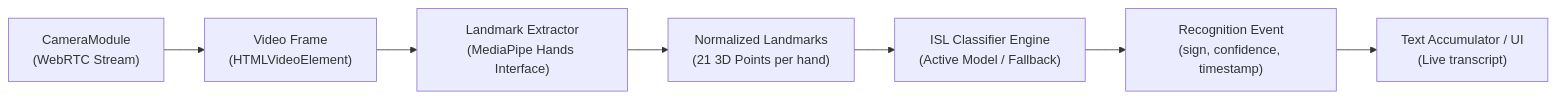
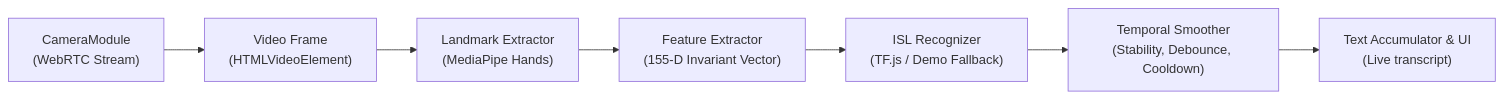
One commit to Rudra1w/isl-bridge changed the first of 3 diagrams in docs/architecture.md. Above: the diagram before and after it, drawn with Mermaid. The commit also changed other lines of this file and 19 other files, not shown here.

Commit message:
feat(recognition): implement complete ISL sign recognition engine with TensorFlow.js, temporal smoother, and dataset recorder

````diff
--- a/docs/architecture.md
+++ b/docs/architecture.md
@@ -78,9 +78,9 @@
 ```mermaid
 flowchart LR
     A["CameraModule<br/>(WebRTC Stream)"] --> B["Video Frame<br/>(HTMLVideoElement)"]
-    B --> C["Landmark Extractor<br/>(MediaPipe Hands Interface)"]
-    C --> D["Normalized Landmarks<br/>(21 3D Points per hand)"]
-    D --> E["ISL Classifier Engine<br/>(Active Model / Fallback)"]
-    E --> F["Recognition Event<br/>(sign, confidence, timestamp)"]
-    F --> G["Text Accumulator / UI<br/>(Live transcript)"]
+    B --> C["Landmark Extractor<br/>(MediaPipe Hands)"]
+    C --> D["Feature Extractor<br/>(155-D Invariant Vector)"]
+    D --> E["ISL Recognizer<br/>(TF.js / Demo Fallback)"]
+    E --> F["Temporal Smoother<br/>(Stability, Debounce, Cooldown)"]
+    F --> G["Text Accumulator & UI<br/>(Live transcript)"]
 ```
````
